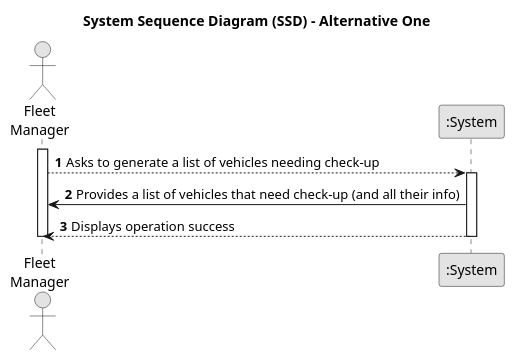
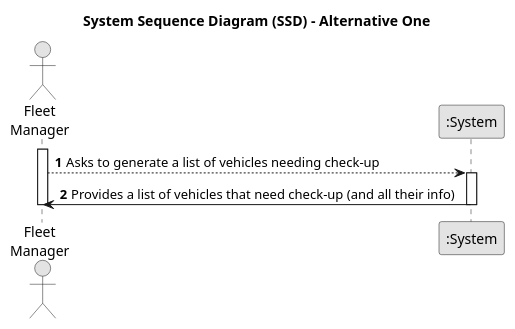
The diagram in docs/sprintB/us008/01.requirements-engineering/puml/us008-system-sequence-diagram-alternative-one.puml (SAEmanuel/Green_Spaces_Management_ISEP), drawn with PlantUML before and after one commit. The commit also changed 3 other files, not shown here.

```diff
--- a/docs/sprintB/us008/01.requirements-engineering/puml/us008-system-sequence-diagram-alternative-one.puml
+++ b/docs/sprintB/us008/01.requirements-engineering/puml/us008-system-sequence-diagram-alternative-one.puml
@@ -1,23 +1,23 @@
 @startuml
 skinparam monochrome true
 skinparam packageStyle rectangle
 skinparam shadowing false
 
 title System Sequence Diagram (SSD) - Alternative One
 
 autonumber
 
 actor "Fleet\nManager" as FM
 participant ":System" as System
 
         activate FM
 
         FM --> System: Asks to generate a list of vehicles needing check-up
         activate System
 
         System -> FM : Provides a list of vehicles that need check-up (and all their info)
-        System --> FM : Displays operation success
+
 
         deactivate System
         deactivate FM
 @enduml
```
